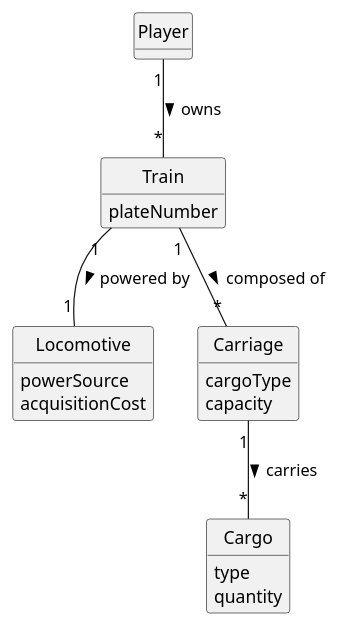
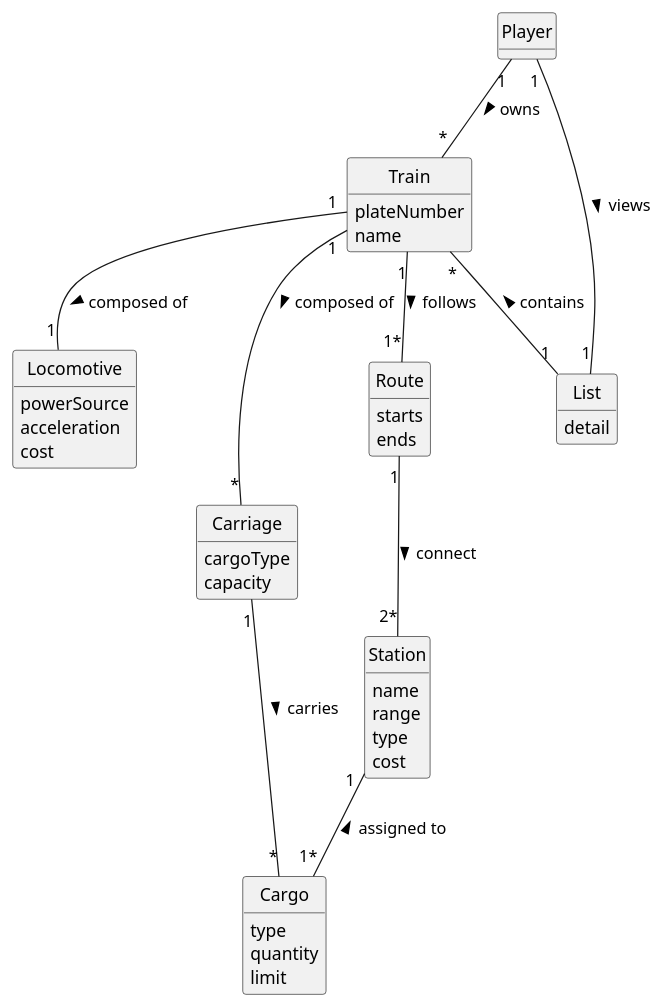
Before and after one commit to 1240826/empire-on-tracks: the diagram in docs/system-documentation/US011/02.analysis/puml/US011-DM.puml, drawn with PlantUML. The commit also changed 4 other files, not shown here.

```diff
--- a/docs/system-documentation/US011/02.analysis/puml/US011-DM.puml
+++ b/docs/system-documentation/US011/02.analysis/puml/US011-DM.puml
@@ -1,40 +1,66 @@
 @startuml
 skinparam monochrome true
 skinparam packageStyle rectangle
 skinparam shadowing false
 
 skinparam classAttributeIconSize 0
 
 hide circle
 hide methods
 
 'title Domain Model for US011 - List All Trains
 
 class Player {
 }
 
+class List{
+detail
+}
+
 class Train {
     plateNumber
+    name
 }
 
 class Locomotive {
     powerSource
-    acquisitionCost
+    acceleration
+    cost
 }
 
 class Carriage {
     cargoType
     capacity
 }
 
 class Cargo {
     type
     quantity
+    limit
+}
+
+class Route{
+    starts
+    ends
+}
+
+class Station {
+    name
+    range
+    type
+    cost
 }
 
 Player "1" -- "*" Train : owns >
-Train "1" -- "1" Locomotive : powered by >
+Player"1"---"1" List:views >
+Station "1" -- "1*" Cargo : assigned to <
+Train "1" -- "1" Locomotive : composed of >
 Train "1" -- "*" Carriage : composed of >
 Carriage "1" -- "*" Cargo : carries >
+Train"*"--right"1" List: contains <
+Train "1" -- "1*" Route : follows >
+Route "1" -- "2*" Station : connect >
+
+
 
 @enduml
```
